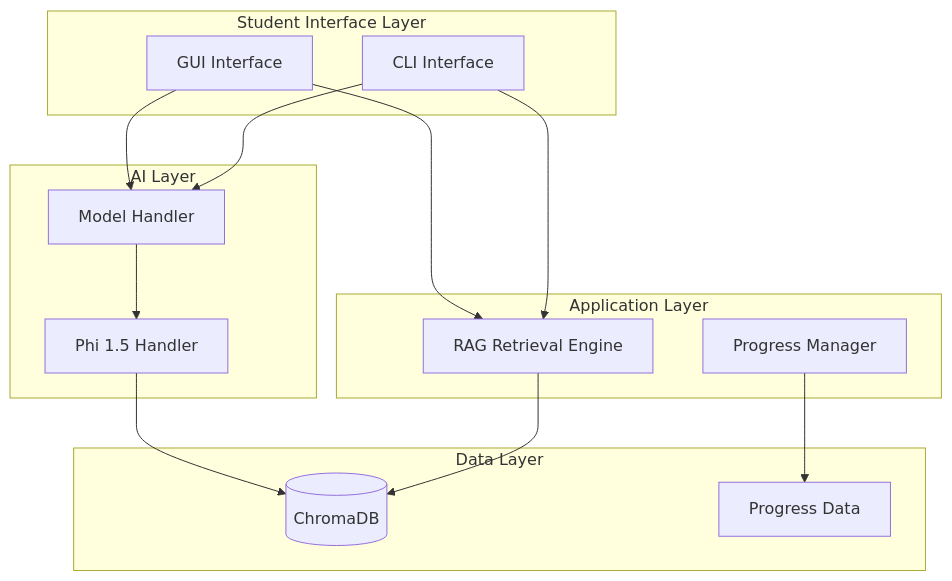
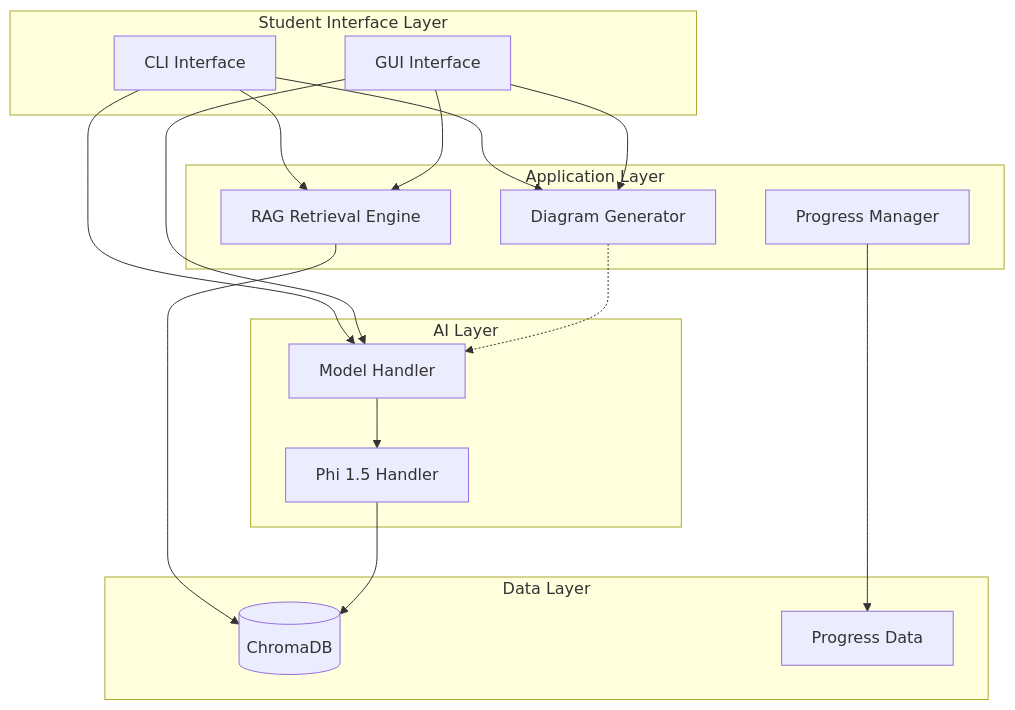
The diagram in readme.md (aa-sikkkk/satya), drawn with Mermaid before and after one commit. The commit also changed other lines of this file, not shown here.

````diff
--- a/readme.md
+++ b/readme.md
@@ -190,32 +193,36 @@
 ```mermaid
 graph TB
     subgraph "Student Interface Layer"
         CLI[CLI Interface]
         GUI[GUI Interface]
     end
     
     subgraph "Application Layer"
         RAG[RAG Retrieval Engine]
+        DG[Diagram Generator]
         PM[Progress Manager]
     end
     
     subgraph "AI Layer"
         MH[Model Handler]
         PH[Phi 1.5 Handler]
     end
     
     subgraph "Data Layer"
         CDB[(ChromaDB)]
         PROG[Progress Data]
     end
     
     CLI --> RAG
     CLI --> MH
+    CLI --> DG
     GUI --> RAG
     GUI --> MH
+    GUI --> DG
     
     PM --> PROG
     RAG --> CDB
     MH --> PH
     PH --> CDB
+    DG -.-> MH
 ```
````
